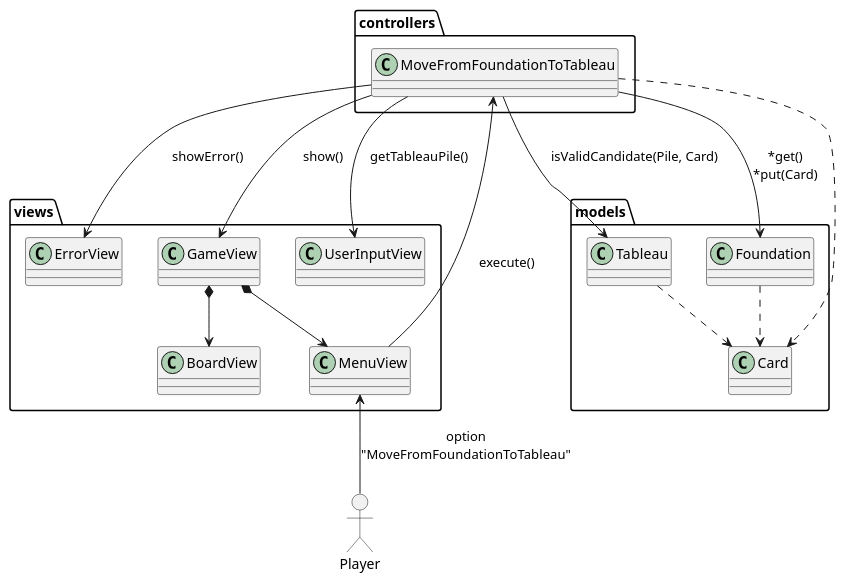
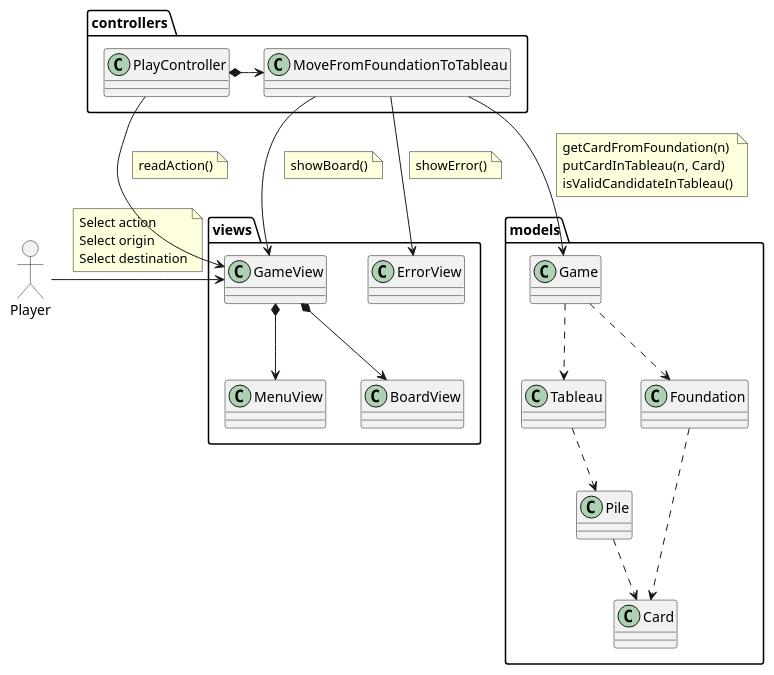
The diagram in docs/logicView/analysisView/useCaseAnalysis/MoveFromFoundationToTableau.plantuml (Troteaga/klondike), drawn with PlantUML before and after one commit. The commit also changed 5 other files, not shown here.

```diff
--- a/docs/logicView/analysisView/useCaseAnalysis/MoveFromFoundationToTableau.plantuml
+++ b/docs/logicView/analysisView/useCaseAnalysis/MoveFromFoundationToTableau.plantuml
@@ -1,38 +1,59 @@
 @startuml UCAnalysis_MoveFromFoundationToTableau
 
 mix_actor Player
 
 package views {
     class MenuView
     class ErrorView
     class GameView
     class BoardView
-    class UserInputView
 
     GameView *--> BoardView
     GameView *--> MenuView
 }
 
 package controllers {
+    class PlayController
     class MoveFromFoundationToTableau
+    PlayController *-right-> MoveFromFoundationToTableau
 }
 
 package models {
+    class Game
     class Card
     class Tableau
     class Foundation
-    Tableau ..> Card
+    class Pile
+
+    Game ..> Tableau
+    Game ..> Foundation 
+    Tableau ..> Pile
+    Pile ..> Card
     Foundation ..> Card
+    Tableau -right[hidden]-> Foundation
 }
 
-MoveFromFoundationToTableau ..> Card
+Player -up-> GameView
+note on link : Select action\
+\nSelect origin\
+\nSelect destination
+GameView -left[hidden]-> Player
 
-Player -up-> MenuView : "option\n"MoveFromFoundationToTableau""
-MenuView --> MoveFromFoundationToTableau : execute()
-MoveFromFoundationToTableau --> Foundation : \n*get()\n*put(Card)
-MoveFromFoundationToTableau --> Tableau : isValidCandidate(Pile, Card)
-MoveFromFoundationToTableau --> ErrorView : showError()
-MoveFromFoundationToTableau --> GameView : show()
-MoveFromFoundationToTableau --> UserInputView : getTableauPile()
+note on link : Select action\
+\nSelect origin\
+\nSelect destination 
+
+PlayController --> GameView
+note on link: readAction()
+
+MoveFromFoundationToTableau --> Game
+note on link : getCardFromFoundation(n)\
+\nputCardInTableau(n, Card)\
+\nisValidCandidateInTableau()
+
+MoveFromFoundationToTableau --> ErrorView
+note on link : showError()
+MoveFromFoundationToTableau --> GameView 
+note on link : showBoard()
 
 @enduml
```
